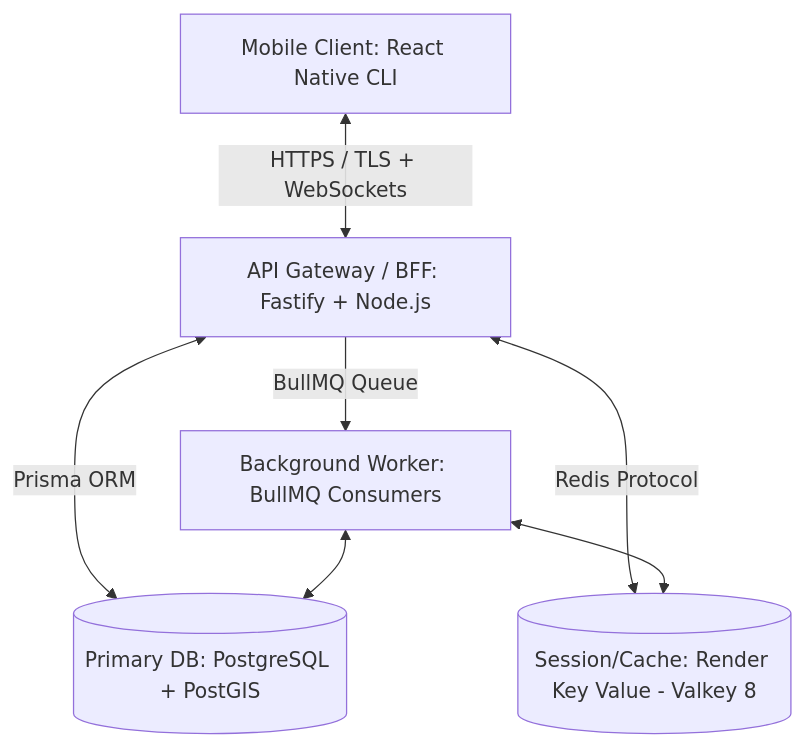
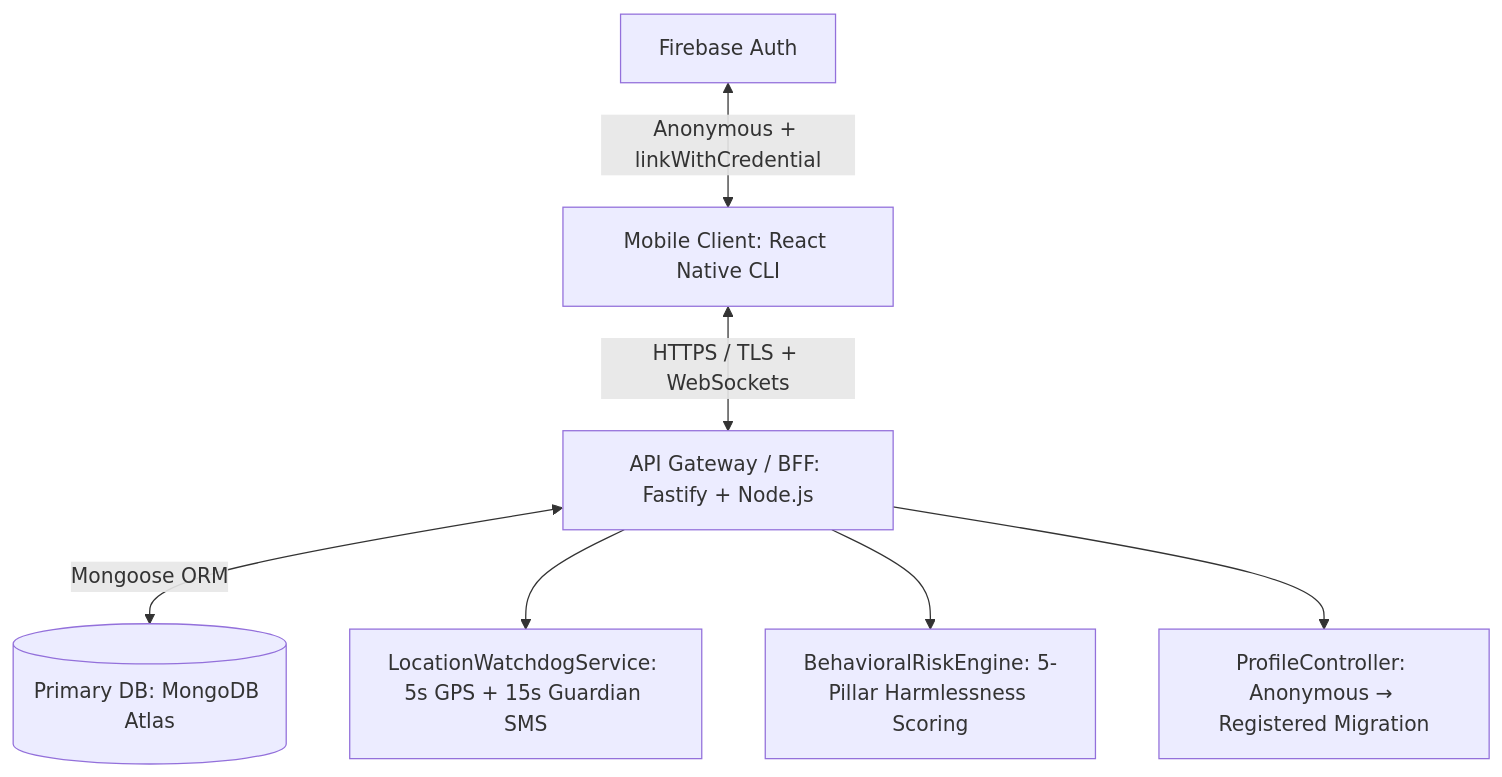
The diagram in discovery/1_project_analysis_report.md (TheOrionGD/Connify-APP), drawn with Mermaid before and after one commit. The commit also changed other lines of this file and 40 other files, not shown here.

Commit message:
feat: implement v2.0 safety core architecture including behavioral risk engine, GPS watchdog services, and guardian management systems

````diff
--- a/discovery/1_project_analysis_report.md
+++ b/discovery/1_project_analysis_report.md
@@ -17,9 +46,9 @@
 ```mermaid
 graph TD
     Client[Mobile Client: React Native CLI] <-->|HTTPS / TLS + WebSockets| API[API Gateway / BFF: Fastify + Node.js]
-    API <-->|Prisma ORM| Postgres[(Primary DB: PostgreSQL + PostGIS)]
-    API <-->|Redis Protocol| Valkey[(Session/Cache: Render Key Value - Valkey 8)]
-    API -->|BullMQ Queue| QueueWorker[Background Worker: BullMQ Consumers]
-    QueueWorker <--> Valkey
-    QueueWorker <--> Postgres
+    API <-->|Mongoose ORM| Mongo[(Primary DB: MongoDB Atlas)]
+    API --> LocationWatchdog[LocationWatchdogService: 5s GPS + 15s Guardian SMS]
+    API --> HarmlessnessEngine[BehavioralRiskEngine: 5-Pillar Harmlessness Scoring]
+    API --> ProfileMigration[ProfileController: Anonymous → Registered Migration]
+    Firebase[Firebase Auth] <-->|Anonymous + linkWithCredential| Client
 ```
````
